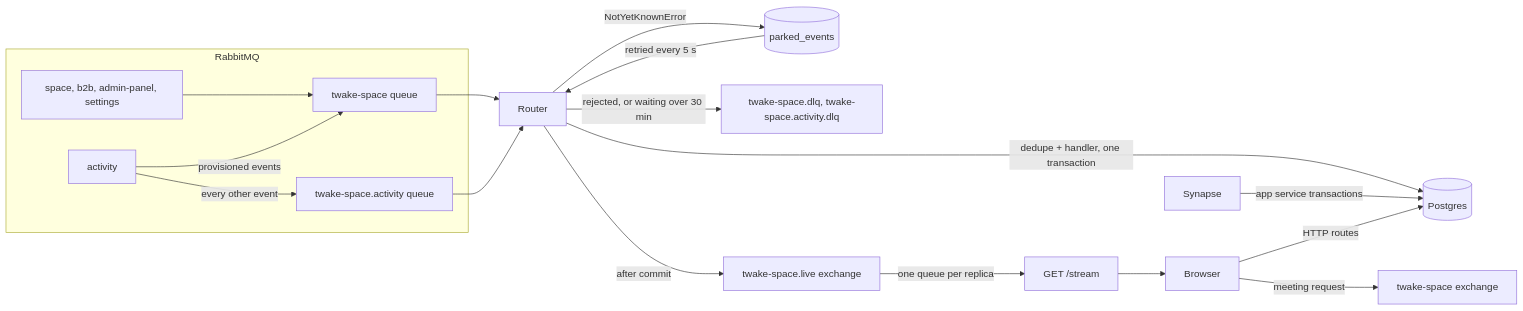
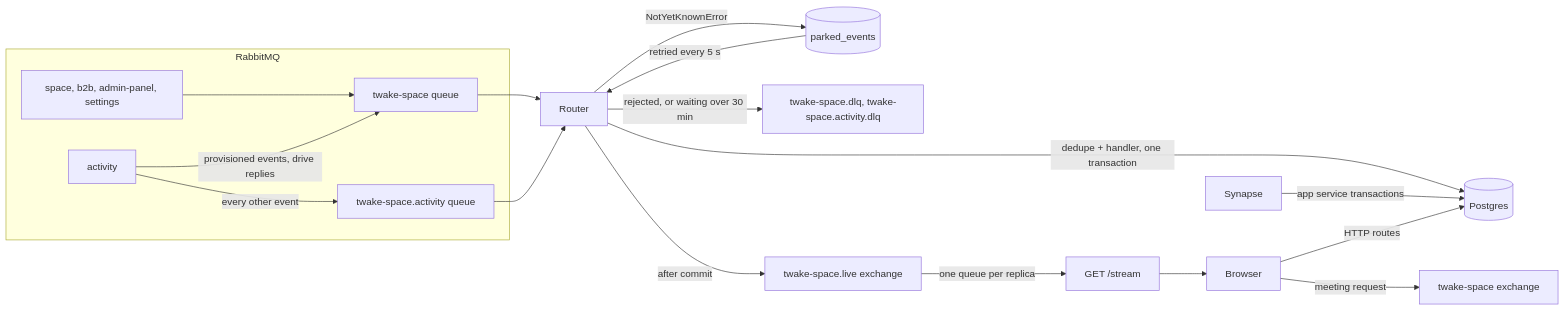
The first of 5 diagrams in docs/events.md (linagora/twake-space), drawn with Mermaid before and after one commit. The commit also changed other lines of this file and 13 other files, not shown here.

First line of the commit message:
feat(backend): map Drive's org drive replies back to the space

````diff
--- a/docs/events.md
+++ b/docs/events.md
@@ -16,24 +16,24 @@
 ```mermaid
 flowchart LR
   subgraph RabbitMQ
     P["space, b2b, admin-panel, settings"]
     A[activity]
     Q[twake-space queue]
     AQ[twake-space.activity queue]
   end
   P --> Q
-  A -->|provisioned events| Q
+  A -->|provisioned events, drive replies| Q
   A -->|every other event| AQ
   Q --> R[Router]
   AQ --> R
   R -->|dedupe + handler, one transaction| PG[(Postgres)]
   R -->|NotYetKnownError| PE[(parked_events)]
   PE -->|retried every 5 s| R
   R -->|rejected, or waiting over 30 min| DLQ["twake-space.dlq, twake-space.activity.dlq"]
   R -->|after commit| L[twake-space.live exchange]
   L -->|one queue per replica| SSE[GET /stream]
   MX[Synapse] -->|app service transactions| PG
   SSE --> B[Browser]
   B -->|HTTP routes| PG
   B -->|meeting request| M[twake-space exchange]
 ```
````
